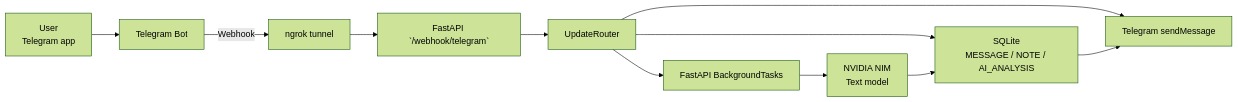
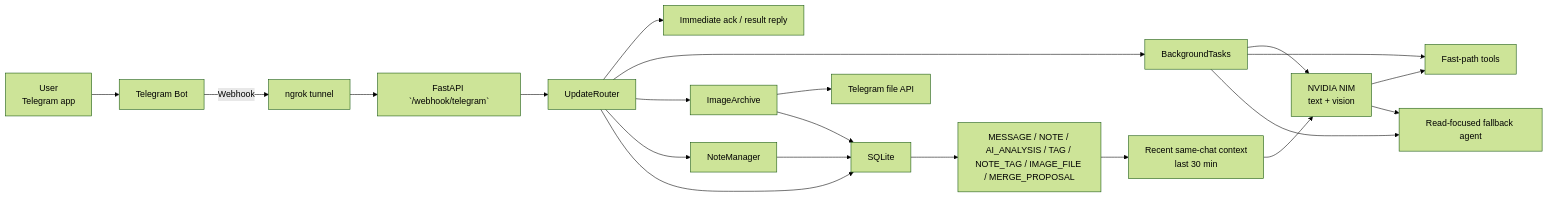
Before and after one commit to Transient-Onlooker/tg-note-agent: the first of 4 diagrams in docs/ARCHITECTURE.md, drawn with Mermaid (forest theme). The commit also changed other lines of this file and 21 other files, not shown here.

````diff
--- a/docs/ARCHITECTURE.md
+++ b/docs/ARCHITECTURE.md
@@ -9,14 +9,27 @@
 ```mermaid
 flowchart LR
     User["User<br/>Telegram app"] --> Bot["Telegram Bot"]
     Bot -->|Webhook| Tunnel["ngrok tunnel"]
     Tunnel --> API["FastAPI `/webhook/telegram`"]
 
     API --> Router["UpdateRouter"]
-    Router --> DB["SQLite<br/>MESSAGE / NOTE / AI_ANALYSIS"]
-    Router --> TG["Telegram sendMessage"]
-    Router --> BG["FastAPI BackgroundTasks"]
-    BG --> NIM["NVIDIA NIM<br/>Text model"]
-    NIM --> DB
-    DB --> TG
+    Router --> Ack["Immediate ack / result reply"]
+    Router --> BG["BackgroundTasks"]
+    Router --> Archive["ImageArchive"]
+    Router --> Manager["NoteManager"]
+    Router --> DB["SQLite"]
+
+    BG --> NIM["NVIDIA NIM<br/>text + vision"]
+    BG --> FastTools["Fast-path tools"]
+    BG --> AgentFallback["Read-focused fallback agent"]
+
+    Manager --> DB
+    Archive --> TGFile["Telegram file API"]
+    Archive --> DB
+    NIM --> FastTools
+    NIM --> AgentFallback
+
+    DB --> Tables["MESSAGE / NOTE / AI_ANALYSIS / TAG / NOTE_TAG / IMAGE_FILE / MERGE_PROPOSAL"]
+    Tables --> Context["Recent same-chat context<br/>last 30 min"]
+    Context --> NIM
 ```
````
